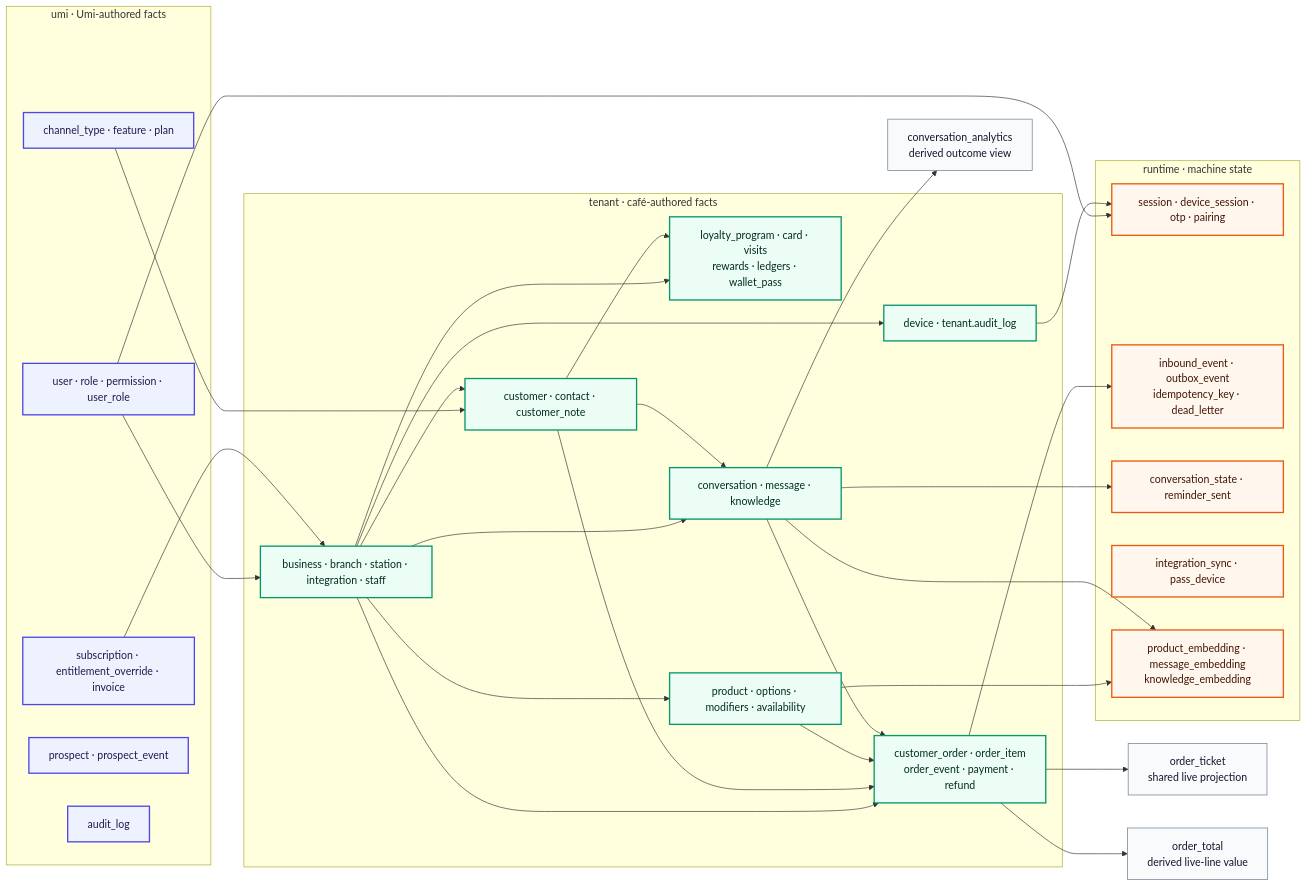
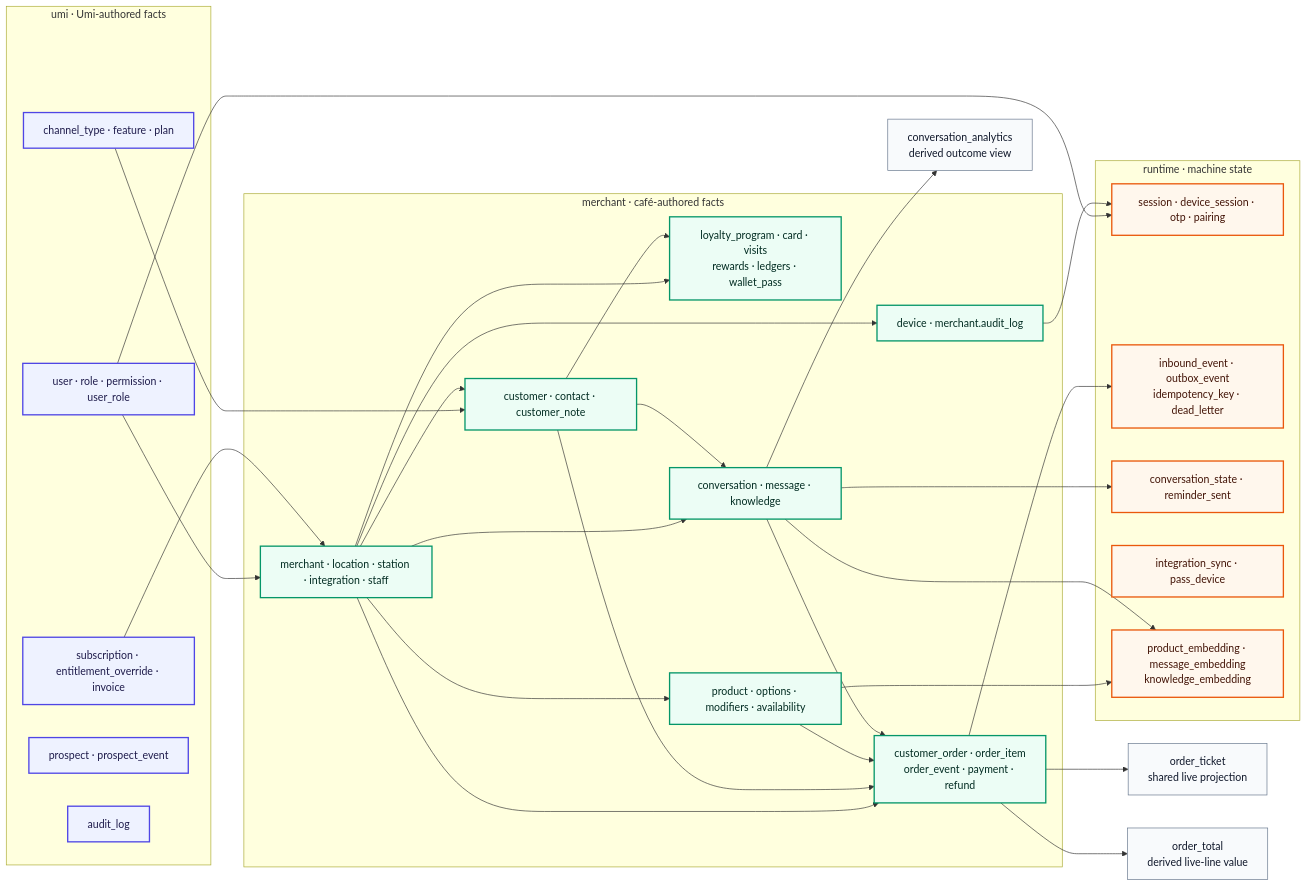
The fifth of 17 diagrams in docs/architecture/umi-platform-architecture-presentation.md (umiconsulting/umi), drawn with Mermaid before and after one commit. The commit also changed other lines of this file and 214 other files, not shown here.

````diff
--- a/docs/architecture/umi-platform-architecture-presentation.md
+++ b/docs/architecture/umi-platform-architecture-presentation.md
@@ -261,58 +261,58 @@
 ```mermaid
 flowchart LR
   classDef umi fill:#eef2ff,stroke:#4f46e5,color:#1e1b4b,stroke-width:2px
-  classDef tenant fill:#ecfdf5,stroke:#059669,color:#022c22,stroke-width:2px
+  classDef merchant fill:#ecfdf5,stroke:#059669,color:#022c22,stroke-width:2px
   classDef runtime fill:#fff7ed,stroke:#ea580c,color:#431407,stroke-width:2px
   classDef derived fill:#f8fafc,stroke:#64748b,color:#0f172a
 
   subgraph U["umi · Umi-authored facts"]
     Identity["user · role · permission · user_role"]:::umi
     Catalog["channel_type · feature · plan"]:::umi
     Commercial["subscription · entitlement_override · invoice"]:::umi
     Growth["prospect · prospect_event"]:::umi
     PlatformAudit["audit_log"]:::umi
   end
 
-  subgraph T["tenant · café-authored facts"]
-    Org["business · branch · station · integration · staff"]:::tenant
-    Customer["customer · contact · customer_note"]:::tenant
-    Loyalty["loyalty_program · card · visits<br/>rewards · ledgers · wallet_pass"]:::tenant
-    Commerce["product · options · modifiers · availability"]:::tenant
-    Conversation["conversation · message · knowledge"]:::tenant
-    Order["customer_order · order_item<br/>order_event · payment · refund"]:::tenant
-    Device["device · tenant.audit_log"]:::tenant
+  subgraph T["merchant · café-authored facts"]
+    Org["merchant · location · station · integration · staff"]:::merchant
+    Customer["customer · contact · customer_note"]:::merchant
+    Loyalty["loyalty_program · card · visits<br/>rewards · ledgers · wallet_pass"]:::merchant
+    Commerce["product · options · modifiers · availability"]:::merchant
+    Conversation["conversation · message · knowledge"]:::merchant
+    Order["customer_order · order_item<br/>order_event · payment · refund"]:::merchant
+    Device["device · merchant.audit_log"]:::merchant
   end
 
   subgraph R["runtime · machine state"]
     Session["session · device_session · otp · pairing"]:::runtime
     Delivery["inbound_event · outbox_event<br/>idempotency_key · dead_letter"]:::runtime
     Working["conversation_state · reminder_sent"]:::runtime
     Sync["integration_sync · pass_device"]:::runtime
     Search["product_embedding · message_embedding<br/>knowledge_embedding"]:::runtime
   end
 
   Identity --> Org
   Commercial --> Org
   Catalog --> Customer
   Org --> Customer
   Org --> Loyalty
   Org --> Commerce
   Org --> Conversation
   Org --> Order
   Org --> Device
   Customer --> Loyalty
   Customer --> Conversation
   Customer --> Order
   Commerce --> Order
   Conversation --> Order
   Identity --> Session
   Device --> Session
   Order --> Delivery
   Conversation --> Working
   Commerce --> Search
   Conversation --> Search
 
   Order --> OrderTicket["order_ticket<br/>shared live projection"]:::derived
   Order --> OrderTotal["order_total<br/>derived live-line value"]:::derived
   Conversation --> Analytics["conversation_analytics<br/>derived outcome view"]:::derived
 ```
````
